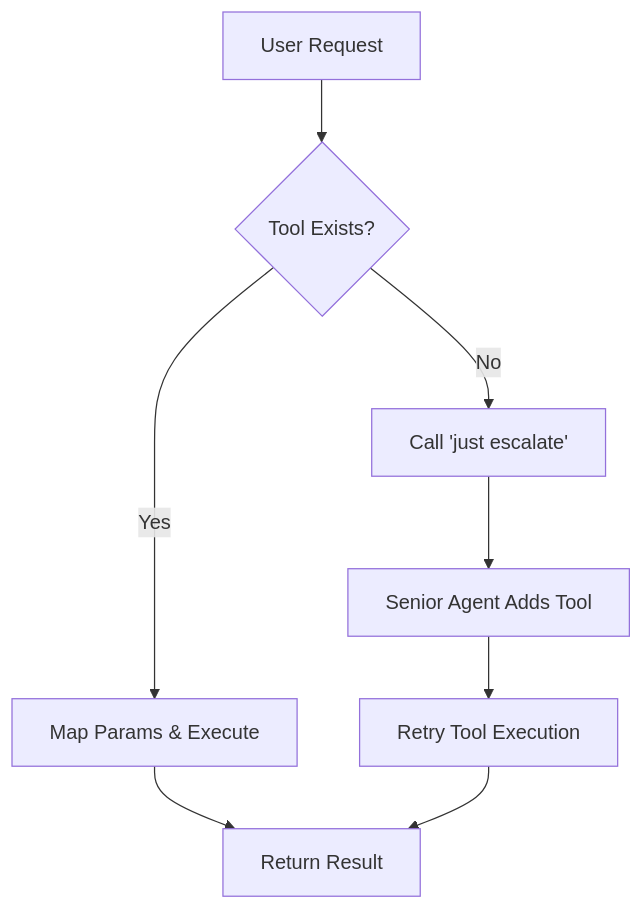
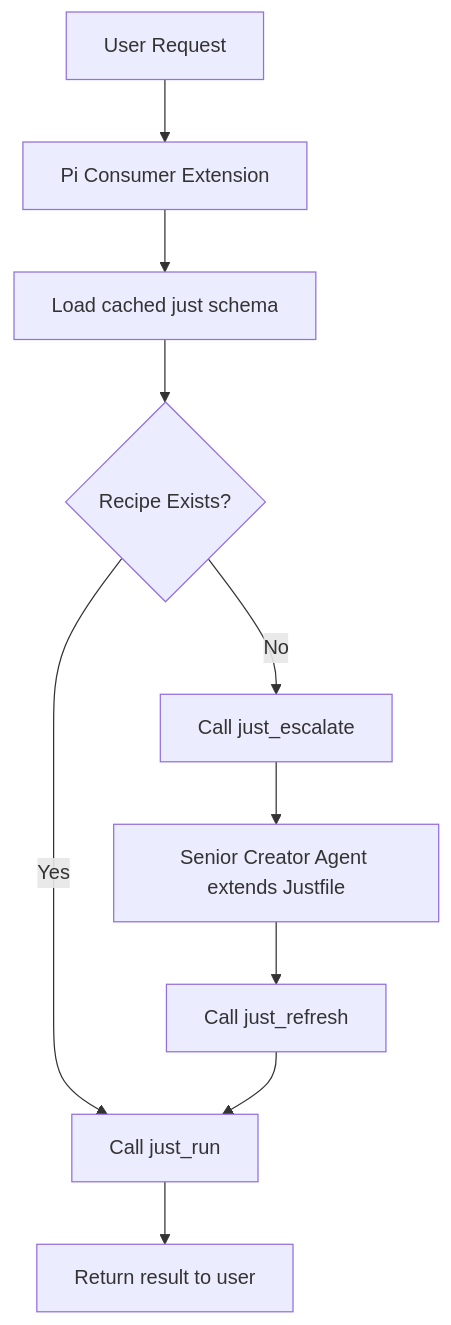
Before and after one commit to earchibald/just-for-agents: the diagram in docs/annexes/consumer_agent.md, drawn with Mermaid. The commit also changed other lines of this file and 2 other files, not shown here.

Commit message:
Improve Pi consumer setup and argument mapping

````diff
--- a/docs/annexes/consumer_agent.md
+++ b/docs/annexes/consumer_agent.md
@@ -32,10 +337,12 @@
 ```mermaid
-graph TD
-    A[User Request] --> B{Tool Exists?}
-    B -- Yes --> C[Map Params & Execute]
-    C --> D[Return Result]
-    B -- No --> E[Call 'just escalate']
-    E --> F[Senior Agent Adds Tool]
-    F --> G[Retry Tool Execution]
-    G --> D
+flowchart TD
+    A[User Request] --> B[Pi Consumer Extension]
+    B --> C[Load cached just schema]
+    C --> D{Recipe Exists?}
+    D -- Yes --> E[Call just_run]
+    E --> F[Return result to user]
+    D -- No --> G[Call just_escalate]
+    G --> H[Senior Creator Agent extends Justfile]
+    H --> I[Call just_refresh]
+    I --> E
 ```
````
